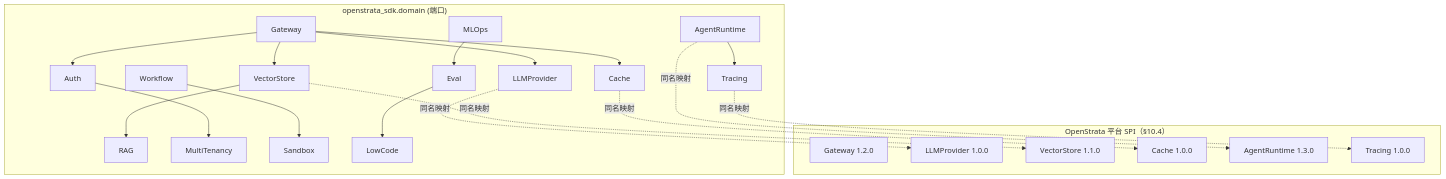
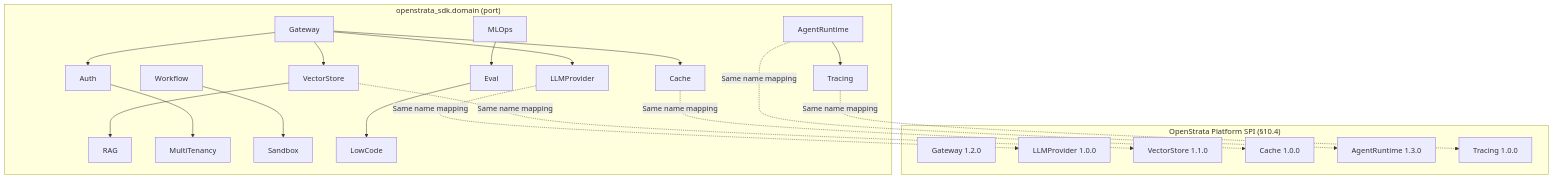
Before and after one commit to open-strata-ai/ai-sdk-python: the third of 4 diagrams in design/DESIGN.md, drawn with Mermaid. The commit also changed other lines of this file and 11 other files, not shown here.

````diff
--- a/design/DESIGN.md
+++ b/design/DESIGN.md
@@ -333,22 +333,22 @@
 ```mermaid
 graph TB
-    subgraph "openstrata_sdk.domain (端口)"
+    subgraph "openstrata_sdk.domain (port)"
         G["Gateway"] --> LP["LLMProvider"]
         G --> VS["VectorStore"] --> RAG["RAG"]
         G --> CA["Cache"]
         AR["AgentRuntime"] --> T["Tracing"]
         G --> AUTH["Auth"] --> MT["MultiTenancy"]
         WF["Workflow"] --> SB["Sandbox"]
         ML["MLOps"] --> EV["Eval"] --> LC["LowCode"]
     end
-    subgraph "OpenStrata 平台 SPI（§10.4）"
+    subgraph "OpenStrata Platform SPI (§10.4)"
         PG["Gateway 1.2.0"]; PLP["LLMProvider 1.0.0"]
         PVS["VectorStore 1.1.0"]; PCA["Cache 1.0.0"]
         PAR["AgentRuntime 1.3.0"]; PTR["Tracing 1.0.0"]
     end
-    LP -.->|"同名映射"| PLP
-    VS -.->|"同名映射"| PVS
-    CA -.->|"同名映射"| PCA
-    AR -.->|"同名映射"| PAR
-    T  -.->|"同名映射"| PTR
+    LP -.->|"Same name mapping"| PLP
+    VS -.->|"Same name mapping"| PVS
+    CA -.->|"Same name mapping"| PCA
+    AR -.->|"Same name mapping"| PAR
+    T  -.->|"Same name mapping"| PTR
 ```
````
